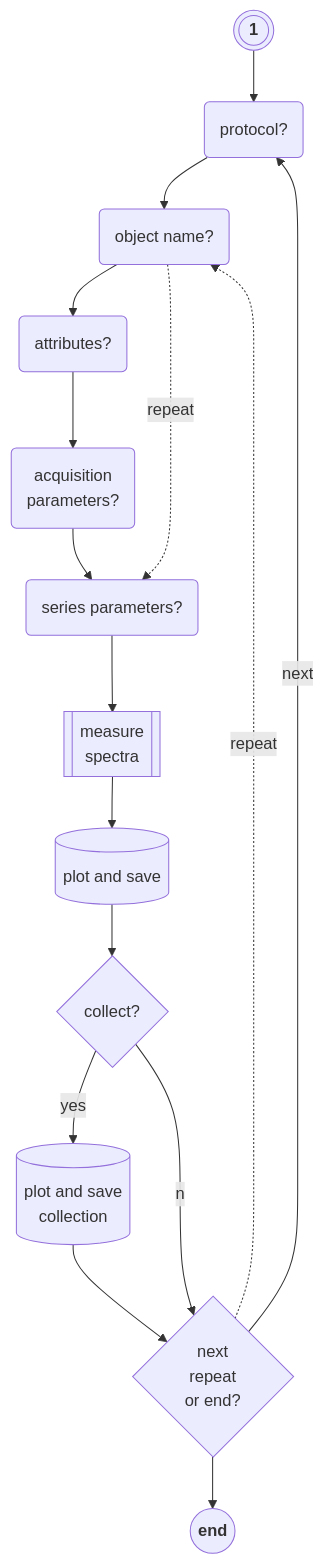
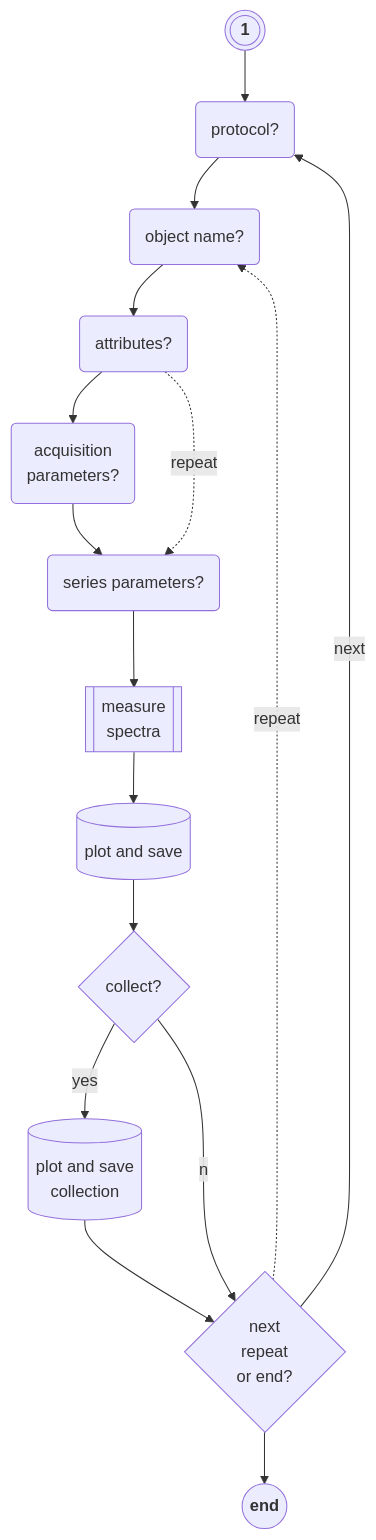
Before and after one commit to aphalo/r4p-blog: the third of 11 diagrams in pages/acq-irrad-tutorial.qmd, drawn with Mermaid. The commit also changed other lines of this file and 1 other file, not shown here.

Commit message:
acq-irrad-tutorial add figure legends and edit

````diff
--- a/pages/acq-irrad-tutorial.qmd
+++ b/pages/acq-irrad-tutorial.qmd
@@ -179,13 +201,15 @@
 ```{mermaid}
+%%| label: fig-complete-diagram
+%%| fig-cap: Flow chart of the user interaction loop repeated for each spectrum acquired. Showing all steps, only some of which are displayed depending on the interface mode in use.
 %%| fig-align: center
 flowchart TB
   E(((<b>1</b>))) --> G(protocol?)
   G --> I(object name?) --> J(attributes?) --> K(acquisition\nparameters?)
   K --> L(series parameters?) --> M[[measure\nspectra]] --> N[(plot and save)] 
   N --> N1{collect?} --yes--> N2[(plot and save\ncollection)] --> O{next\n repeat\n or end?}
   N1 --no--> O
-  I -.repeat.-> L
+  J -.repeat.-> L
   O -.repeat.-> I
   O --next--> G
   O --> P((<b>end</b>))
 ```
````
